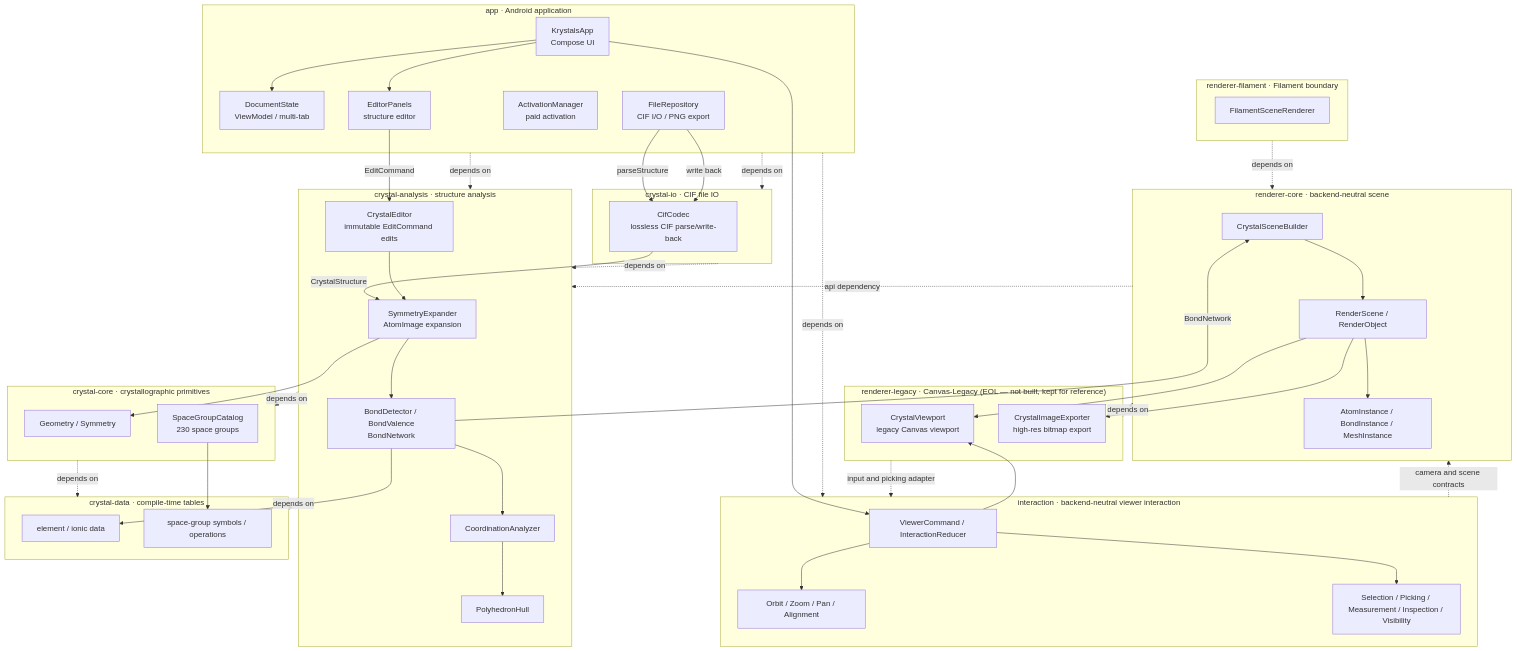
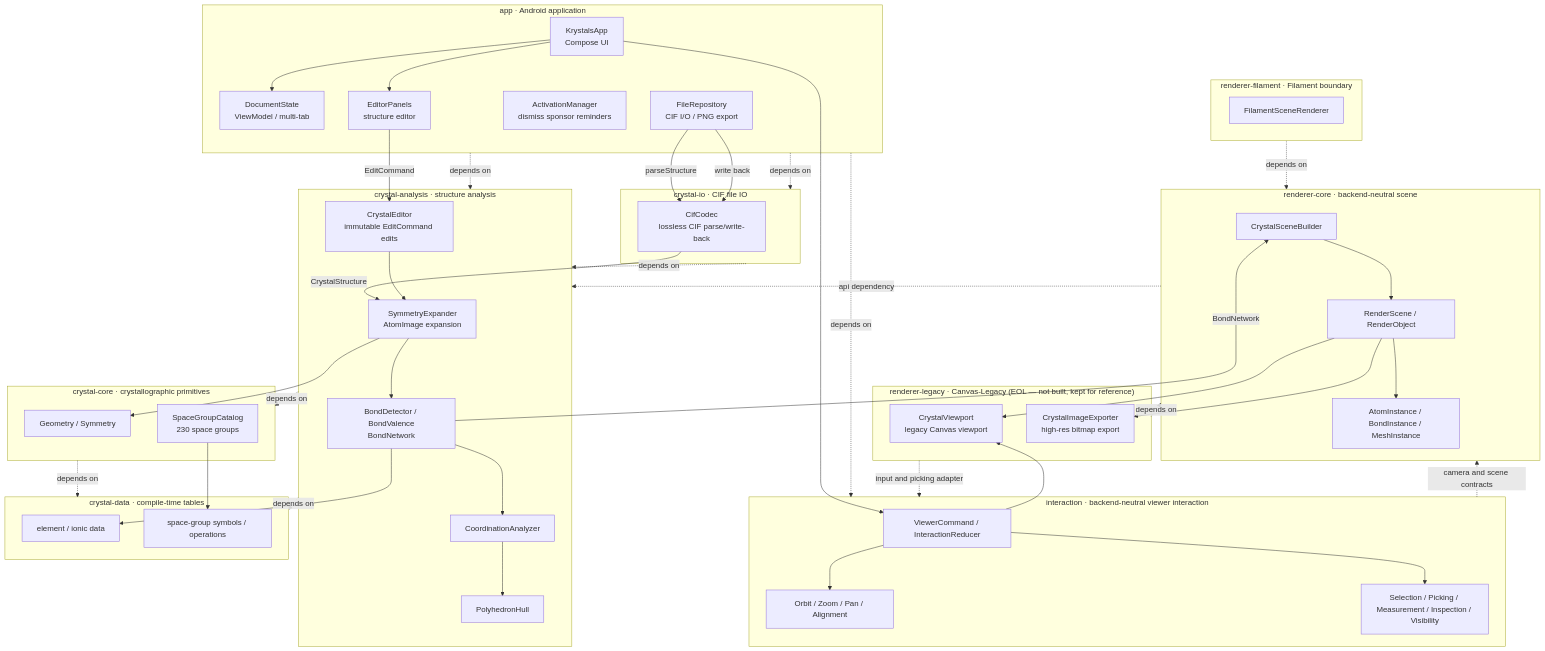
Before and after one commit to SUPERkelesss/Krystals: the diagram in README.md, drawn with Mermaid. The commit also changed other lines of this file and 5 other files, not shown here.

````diff
--- a/README.md
+++ b/README.md
@@ -55,81 +55,81 @@
 ```mermaid
 flowchart TB
     subgraph app["app · Android application"]
         UI["KrystalsApp<br/>Compose UI"]
         VM["DocumentState<br/>ViewModel / multi-tab"]
         Edit["EditorPanels<br/>structure editor"]
         Repo["FileRepository<br/>CIF I/O / PNG export"]
-        Act["ActivationManager<br/>paid activation"]
+        Act["ActivationManager<br/>dismiss sponsor reminders"]
     end
     subgraph interaction["interaction · backend-neutral viewer interaction"]
         Commands["ViewerCommand / InteractionReducer"]
         CameraControl["Orbit / Zoom / Pan / Alignment"]
         ViewerTools["Selection / Picking / Measurement / Inspection / Visibility"]
     end
     subgraph rendererCore["renderer-core · backend-neutral scene"]
         Builder["CrystalSceneBuilder"]
         Scene["RenderScene / RenderObject"]
         Primitive["AtomInstance / BondInstance / MeshInstance"]
     end
     subgraph rendererLegacy["renderer-legacy · Canvas-Legacy (EOL — not built, kept for reference)"]
         VP["CrystalViewport<br/>legacy Canvas viewport"]
         Exp["CrystalImageExporter<br/>high-res bitmap export"]
     end
     subgraph rendererFilament["renderer-filament · Filament boundary"]
         Filament["FilamentSceneRenderer"]
     end
     subgraph io["crystal-io · CIF file IO"]
         Codec["CifCodec<br/>lossless CIF parse/write-back"]
     end
     subgraph analysis["crystal-analysis · structure analysis"]
         Symmetry["SymmetryExpander<br/>AtomImage expansion"]
         Bonds["BondDetector / BondValence<br/>BondNetwork"]
         Coordination["CoordinationAnalyzer"]
         Hull["PolyhedronHull"]
         Editor["CrystalEditor<br/>immutable EditCommand edits"]
     end
     subgraph core["crystal-core · crystallographic primitives"]
         Geometry["Geometry / Symmetry"]
         SG["SpaceGroupCatalog<br/>230 space groups"]
     end
     subgraph data["crystal-data · compile-time tables"]
         Elements["element / ionic data"]
         SpaceGroups["space-group symbols / operations"]
     end
 
     UI --> Commands
     Commands --> CameraControl
     Commands --> ViewerTools
     Commands --> VP
     UI --> Edit
     UI --> VM
     Repo -->|"parseStructure"| Codec
     Codec -->|"CrystalStructure"| Symmetry
     Edit -->|"EditCommand"| Editor
     Editor --> Symmetry
     Symmetry --> Bonds
     Bonds -->|"BondNetwork"| Builder
     Builder --> Scene
     Scene --> Primitive
     Scene --> VP
     Scene --> Exp
     Bonds --> Coordination
     Coordination --> Hull
     Repo -->|"write back"| Codec
     Symmetry --> Geometry
     SG --> SpaceGroups
     Bonds --> Elements
 
     app -.->|depends on| interaction
     app -.->|depends on| analysis
     app -.->|depends on| io
     rendererCore -.->|api dependency| analysis
     rendererLegacy -.->|depends on| rendererCore
     rendererLegacy -.->|input and picking adapter| interaction
     interaction -.->|camera and scene contracts| rendererCore
     rendererFilament -.->|depends on| rendererCore
     io -.->|depends on| analysis
     analysis -.->|depends on| core
     analysis -.->|depends on| data
     core -.->|depends on| data
 ```
````
